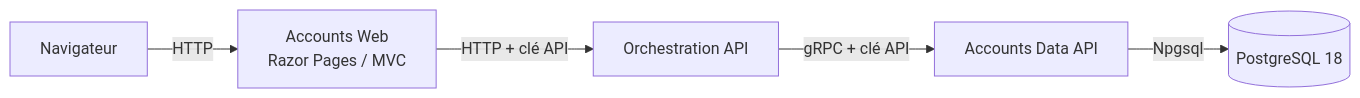
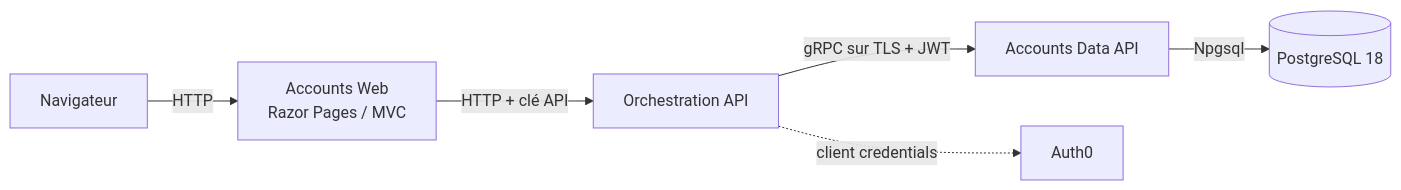
The first of 2 diagrams in README.fr.md (ElisesHub/accounts-system), drawn with Mermaid before and after one commit. The commit also changed other lines of this file and 7 other files, not shown here.

Commit message:
Update READMEs for gRPC, TLS, JWT authentication, health checks and CI (#12)

````diff
--- a/README.fr.md
+++ b/README.fr.md
@@ -7,7 +7,8 @@
 ```mermaid
 flowchart LR
-    Navigateur -->|HTTP| Web[Accounts Web<br/>Razor Pages / MVC]
+    Browser[Navigateur] -->|HTTP| Web[Accounts Web<br/>Razor Pages / MVC]
     Web -->|HTTP + clé API| Orch[Orchestration API]
-    Orch -->|gRPC + clé API| Data[Accounts Data API]
+    Orch -->|gRPC sur TLS + JWT| Data[Accounts Data API]
+    Orch -.->|client credentials| Auth0[Auth0]
     Data -->|Npgsql| DB[(PostgreSQL 18)]
 ```
````
